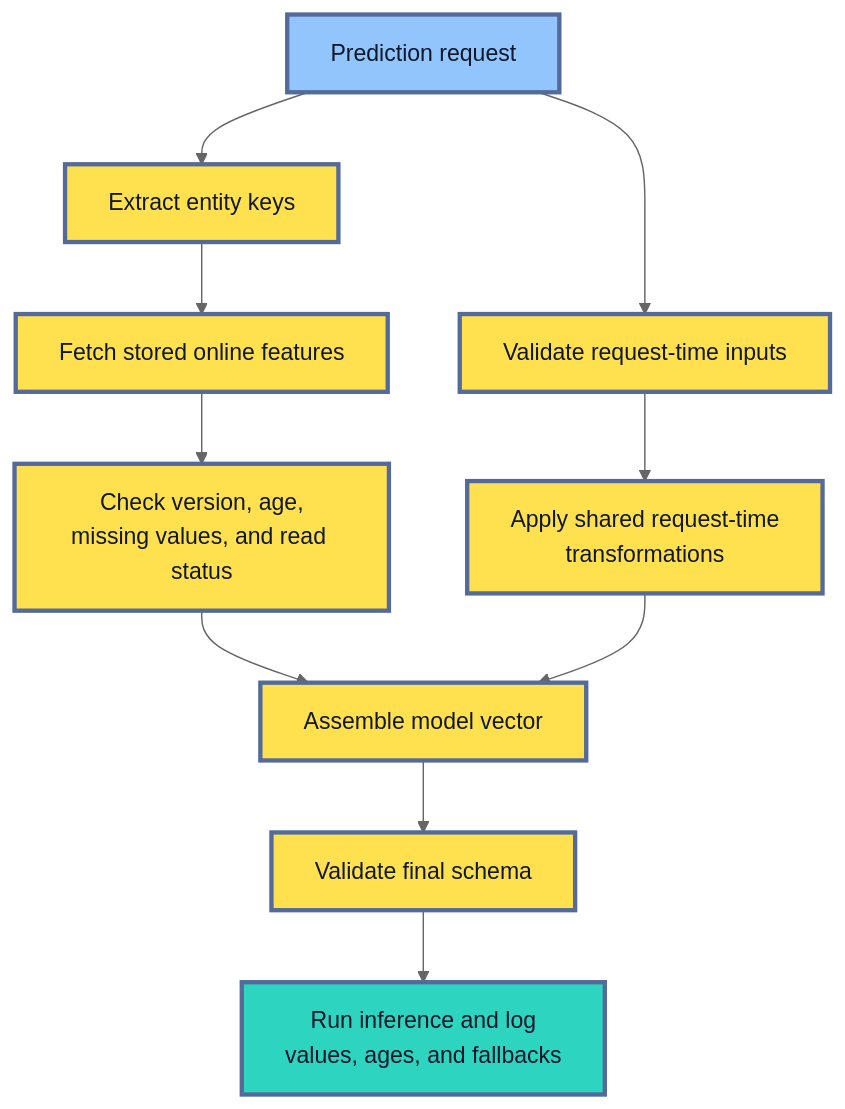
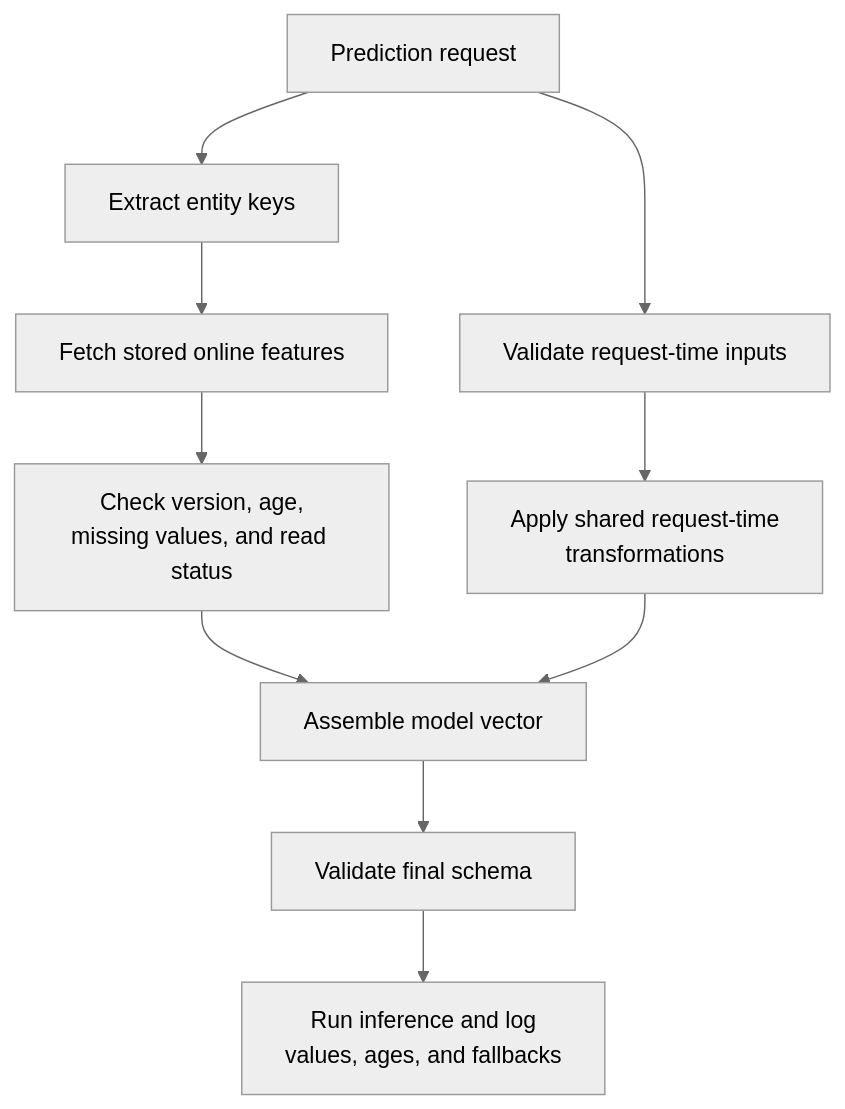
The fifth of 7 diagrams in roadmaps/mlops/modules/data-for-ml-systems/feature-management/02-online-vs-offline-features.md (senlinyy/dev-roadmaps), drawn with Mermaid (neutral theme) before and after one commit. The commit also changed other lines of this file and 152 other files, not shown here.

Commit message:
feat: mlops and diagrams updated

````diff
--- a/roadmaps/mlops/modules/data-for-ml-systems/feature-management/02-online-vs-offline-features.md
+++ b/roadmaps/mlops/modules/data-for-ml-systems/feature-management/02-online-vs-offline-features.md
@@ -351,19 +336,16 @@
 ```mermaid
 flowchart TD
     A["Prediction request"] --> B["Validate request-time inputs"]
     A --> C["Extract entity keys"]
     C --> D["Fetch stored online features"]
     D --> E["Check version, age,<br/>missing values, and read status"]
     B --> F["Apply shared request-time<br/>transformations"]
     E --> G["Assemble model vector"]
     F --> G
     G --> H["Validate final schema"]
     H --> I["Run inference and log<br/>values, ages, and fallbacks"]
 
-    classDef request fill:#93C5FD,stroke:#536A9A,stroke-width:3px,color:#0F172A
-    classDef work fill:#FFE04F,stroke:#536A9A,stroke-width:3px,color:#111827
-    classDef serve fill:#2DD4BF,stroke:#536A9A,stroke-width:3px,color:#0F172A
     class A request
     class B,C,D,E,F,G,H work
     class I serve
 ```
````
